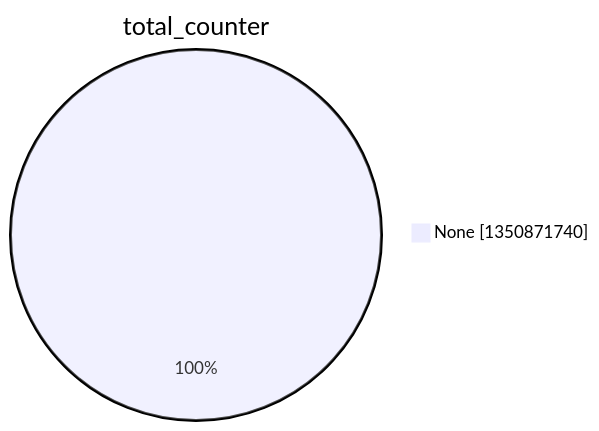
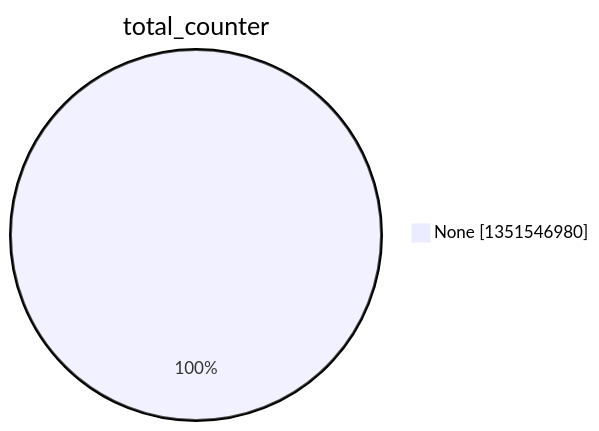
The second of 15 diagrams in argon2022/README.md (christiankrug/ctmonitor_visualization), drawn with Mermaid before and after one commit. The commit also changed other lines of this file, not shown here.

````diff
--- a/argon2022/README.md
+++ b/argon2022/README.md
@@ -9,5 +9,5 @@
 ```mermaid
 pie showData
 title total_counter
-"None" :1350871740
+"None" :1351546980
 ```
````
